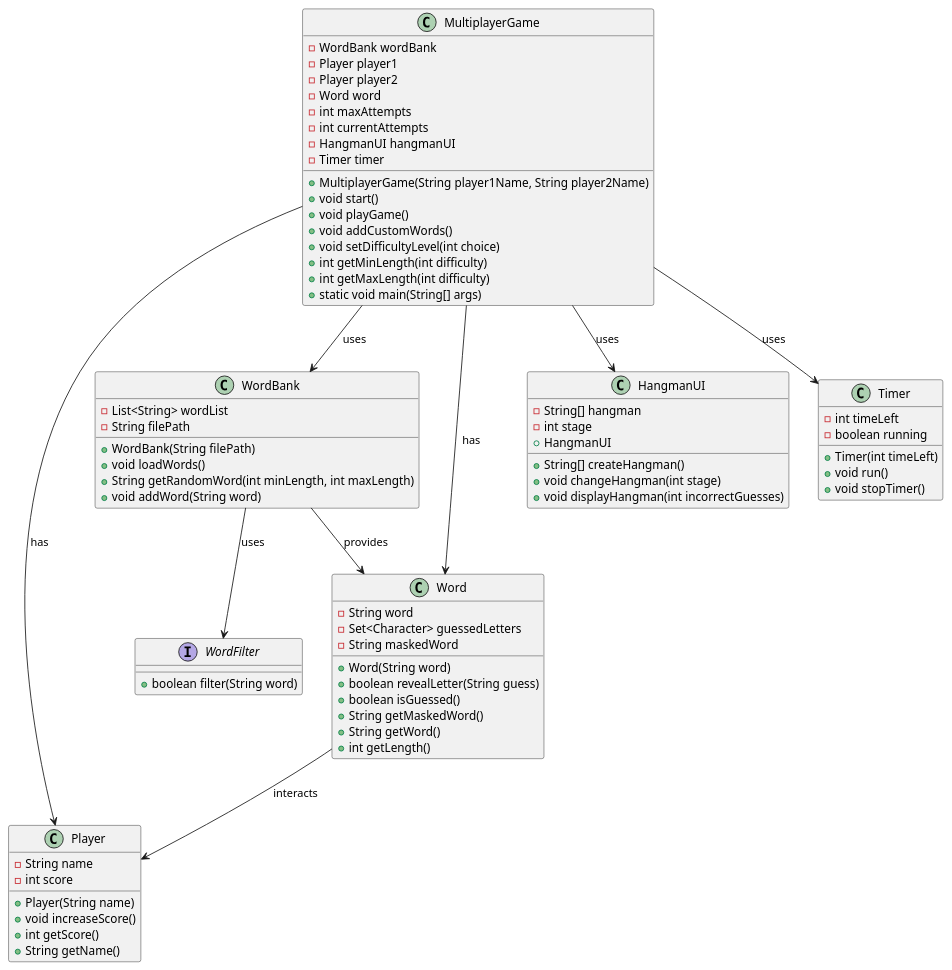
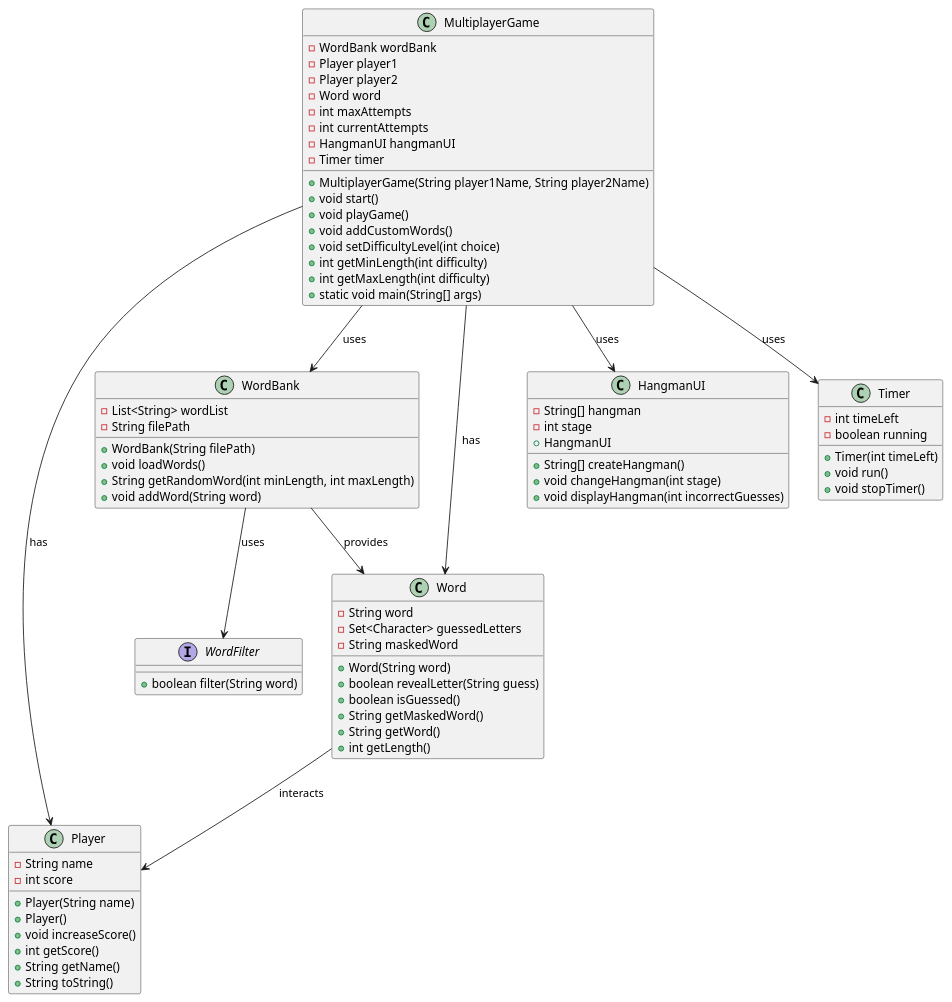
The diagram in ClassDiagram.puml (dci-fbw-j-24-e02/The-Competition-Project1), drawn with PlantUML before and after one commit. The commit also changed 1 other file, not shown here.

Commit message:
Updated Player class within the diagram

```diff
--- a/ClassDiagram.puml
+++ b/ClassDiagram.puml
@@ -1,82 +1,84 @@
 @startuml
 
 class WordBank {
     - List<String> wordList
     - String filePath
     + WordBank(String filePath)
     + void loadWords()
     + String getRandomWord(int minLength, int maxLength)
     + void addWord(String word)
 }
 
 interface WordFilter{
     + boolean filter(String word)
 }
 
 class Player {
     - String name
     - int score
     + Player(String name)
+    + Player()
     + void increaseScore()
     + int getScore()
     + String getName()
+    + String toString()
 }
 
 class Word {
     - String word
     - Set<Character> guessedLetters
     - String maskedWord
     + Word(String word)
     + boolean revealLetter(String guess)
     + boolean isGuessed()
     + String getMaskedWord()
     + String getWord()
     + int getLength()
 }
 
 class HangmanUI {
     - String[] hangman
     - int stage
     + HangmanUI
     + String[] createHangman()
     + void changeHangman(int stage)
     + void displayHangman(int incorrectGuesses)
 }
 
 class Timer {
     - int timeLeft
     - boolean running
     + Timer(int timeLeft)
     + void run()
     + void stopTimer()
 }
 
 class MultiplayerGame {
     - WordBank wordBank
     - Player player1
     - Player player2
     - Word word
     - int maxAttempts
     - int currentAttempts
     - HangmanUI hangmanUI
     - Timer timer
     + MultiplayerGame(String player1Name, String player2Name)
     + void start()
     + void playGame()
     + void addCustomWords()
     + void setDifficultyLevel(int choice)
     + int getMinLength(int difficulty)
     + int getMaxLength(int difficulty)
     + static void main(String[] args)
 }
 
 MultiplayerGame --> WordBank : uses
 MultiplayerGame --> Player : has
 MultiplayerGame --> Word : has
 MultiplayerGame --> HangmanUI : uses
 MultiplayerGame --> Timer : uses
 WordBank --> WordFilter : uses
 WordBank --> Word : provides
 Word --> Player : interacts
 
 @enduml
```
